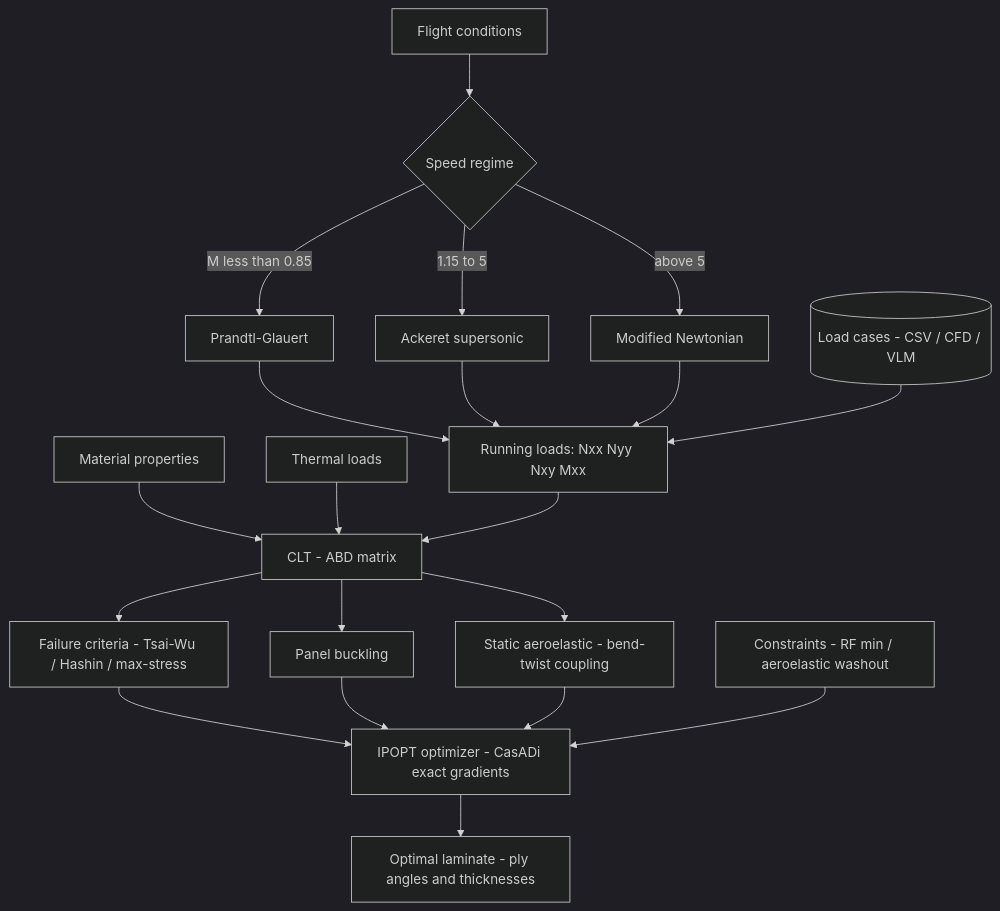
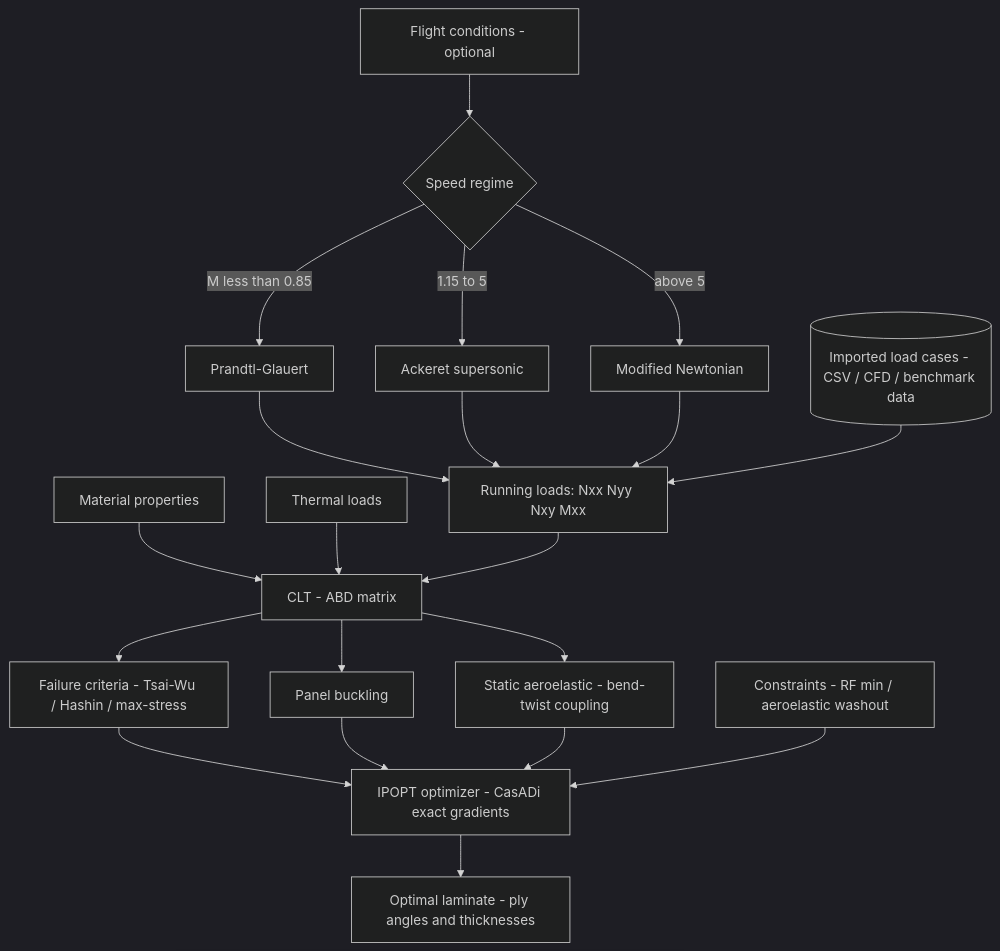
One commit to rootAmos/ss_comp_panel changed the diagram in README.md. Above: the diagram before and after it, drawn with Mermaid (dark theme). The commit also changed other lines of this file and 9 other files, not shown here.

````diff
--- a/README.md
+++ b/README.md
@@ -10,26 +10,26 @@
 ```mermaid
 graph TD
-    FC[Flight conditions] --> regime{Speed regime}
+    FC[Flight conditions - optional] --> regime{Speed regime}
     regime -->|M less than 0.85| PG[Prandtl-Glauert]
     regime -->|1.15 to 5| AC[Ackeret supersonic]
     regime -->|above 5| MN[Modified Newtonian]
     PG --> RL[Running loads: Nxx Nyy Nxy Mxx]
     AC --> RL
     MN --> RL
-    DB[(Load cases - CSV / CFD / VLM)] --> RL
+    DB[(Imported load cases - CSV / CFD / benchmark data)] --> RL
 
     MAT[Material properties] --> CLT[CLT - ABD matrix]
     TH[Thermal loads] --> CLT
     RL --> CLT
 
     CLT --> FA[Failure criteria - Tsai-Wu / Hashin / max-stress]
     CLT --> BK[Panel buckling]
     CLT --> AE[Static aeroelastic - bend-twist coupling]
 
     FA --> OPT[IPOPT optimizer - CasADi exact gradients]
     BK --> OPT
     AE --> OPT
     CON[Constraints - RF min / aeroelastic washout] --> OPT
 
     OPT --> OUT[Optimal laminate - ply angles and thicknesses]
 ```
````
